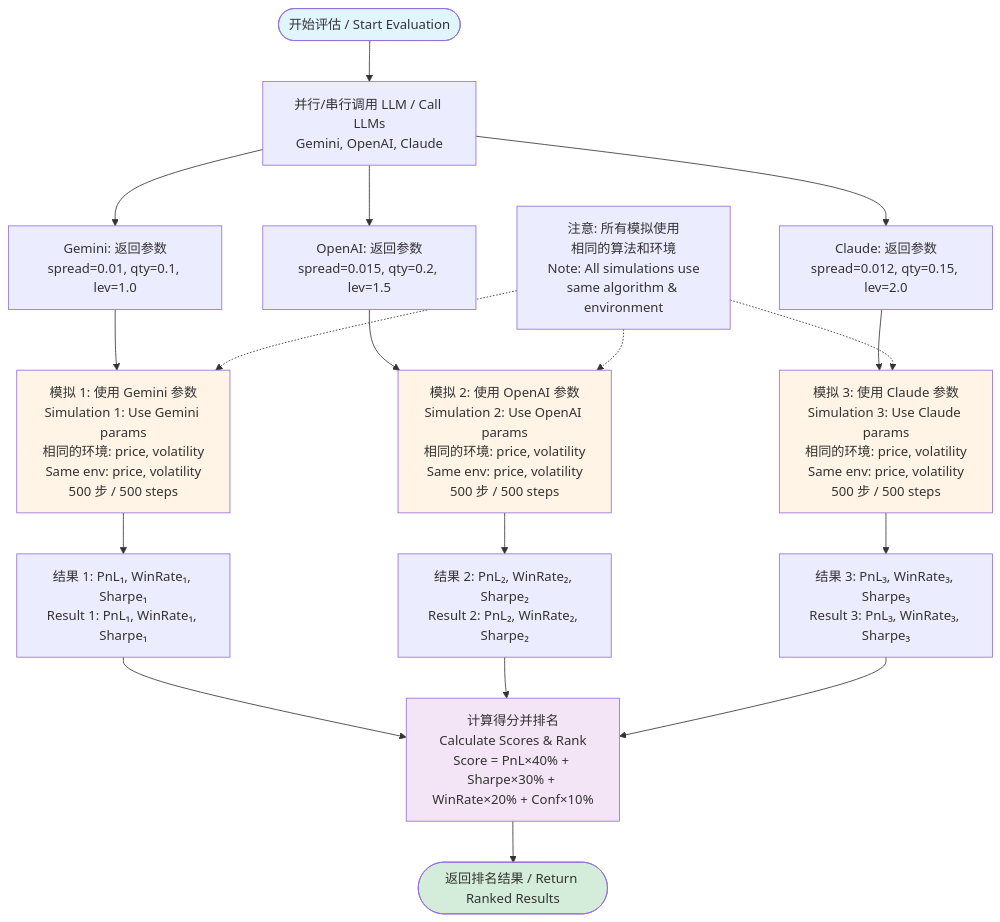
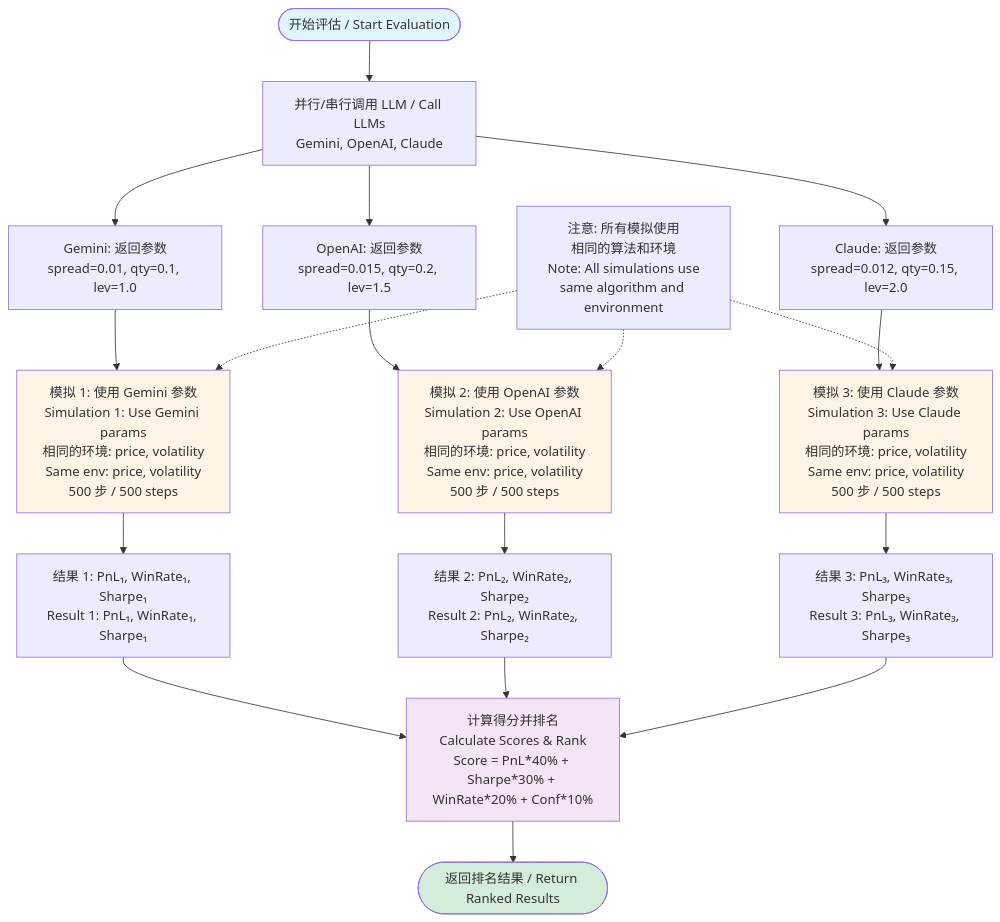
Before and after one commit to bryanzk/MarketMakerDemo: the third of 3 diagrams in docs/alphaloop/llm_evaluation_algorithm_explanation.md, drawn with Mermaid. The commit also changed other lines of this file, not shown here.

Commit message:
fix: Fix Mermaid diagram syntax errors for GitHub rendering
- Replace × (multiplication sign) with * in Mermaid flowcharts
- Add quotes around node labels containing special characters
- Fix parse errors that prevented diagrams from rendering on GitHub

````diff
--- a/docs/alphaloop/llm_evaluation_algorithm_explanation.md
+++ b/docs/alphaloop/llm_evaluation_algorithm_explanation.md
@@ -332,34 +332,34 @@
 ```mermaid
 flowchart TD
     Start([开始评估 / Start Evaluation]) --> LLMCall[并行/串行调用 LLM / Call LLMs<br/>Gemini, OpenAI, Claude]
     
     LLMCall --> LLM1[Gemini: 返回参数<br/>spread=0.01, qty=0.1, lev=1.0]
     LLMCall --> LLM2[OpenAI: 返回参数<br/>spread=0.015, qty=0.2, lev=1.5]
     LLMCall --> LLM3[Claude: 返回参数<br/>spread=0.012, qty=0.15, lev=2.0]
     
     LLM1 --> Sim1[模拟 1: 使用 Gemini 参数<br/>Simulation 1: Use Gemini params<br/>相同的环境: price, volatility<br/>Same env: price, volatility<br/>500 步 / 500 steps]
     LLM2 --> Sim2[模拟 2: 使用 OpenAI 参数<br/>Simulation 2: Use OpenAI params<br/>相同的环境: price, volatility<br/>Same env: price, volatility<br/>500 步 / 500 steps]
     LLM3 --> Sim3[模拟 3: 使用 Claude 参数<br/>Simulation 3: Use Claude params<br/>相同的环境: price, volatility<br/>Same env: price, volatility<br/>500 步 / 500 steps]
     
     Sim1 --> Result1[结果 1: PnL₁, WinRate₁, Sharpe₁<br/>Result 1: PnL₁, WinRate₁, Sharpe₁]
     Sim2 --> Result2[结果 2: PnL₂, WinRate₂, Sharpe₂<br/>Result 2: PnL₂, WinRate₂, Sharpe₂]
     Sim3 --> Result3[结果 3: PnL₃, WinRate₃, Sharpe₃<br/>Result 3: PnL₃, WinRate₃, Sharpe₃]
     
-    Result1 --> Score[计算得分并排名<br/>Calculate Scores & Rank<br/>Score = PnL×40% + Sharpe×30% + WinRate×20% + Conf×10%]
+    Result1 --> Score["计算得分并排名<br/>Calculate Scores & Rank<br/>Score = PnL*40% + Sharpe*30% + WinRate*20% + Conf*10%"]
     Result2 --> Score
     Result3 --> Score
     
     Score --> End([返回排名结果 / Return Ranked Results])
     
     style Start fill:#e1f5ff
     style End fill:#d4edda
     style Sim1 fill:#fff4e6
     style Sim2 fill:#fff4e6
     style Sim3 fill:#fff4e6
     style Score fill:#f3e5f5
     
-    Note1[注意: 所有模拟使用<br/>相同的算法和环境<br/>Note: All simulations use<br/>same algorithm & environment]
+    Note1["注意: 所有模拟使用<br/>相同的算法和环境<br/>Note: All simulations use<br/>same algorithm and environment"]
     Note1 -.-> Sim1
     Note1 -.-> Sim2
     Note1 -.-> Sim3
 ```
````
